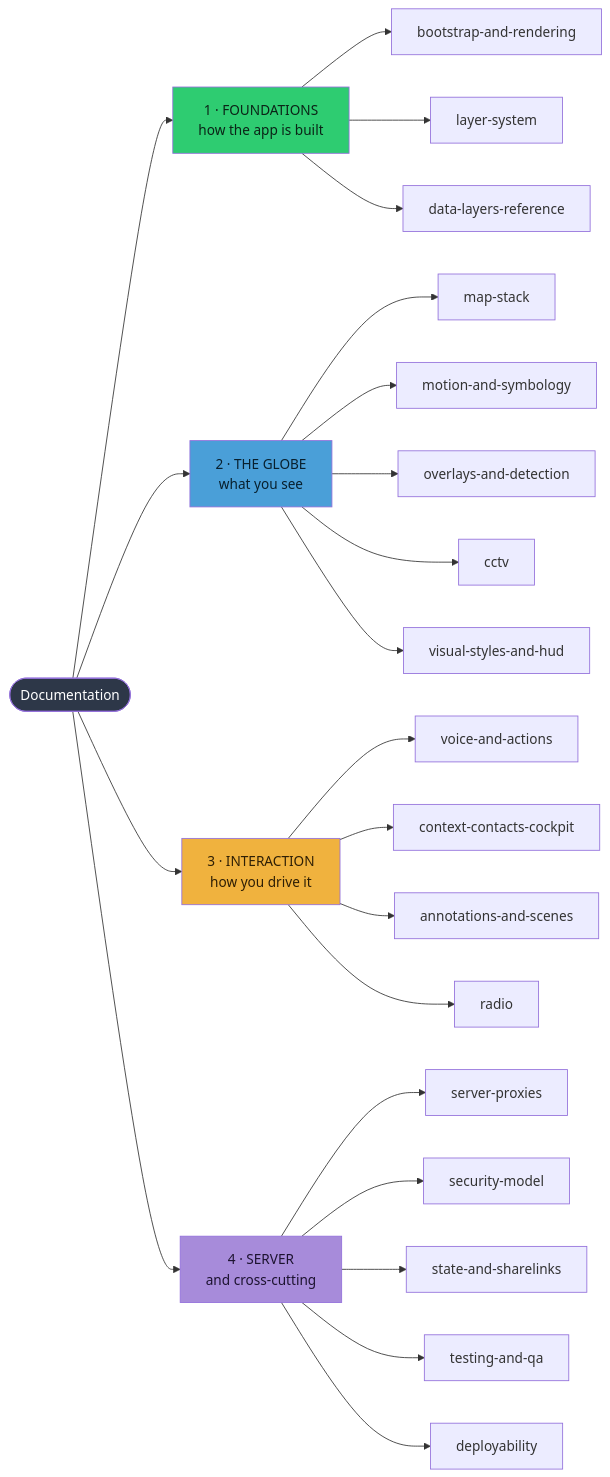
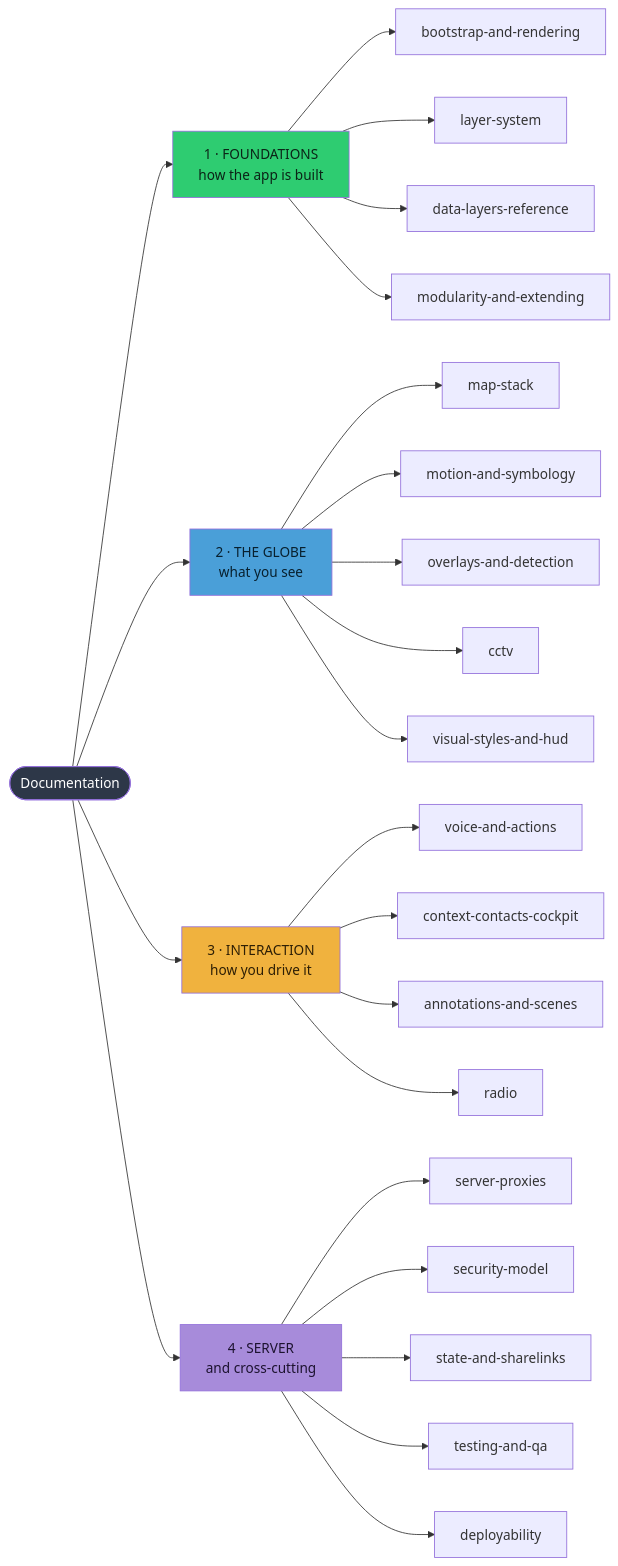
The diagram in documentation/README.md (tudor-danciu24/gods-eye-view), drawn with Mermaid before and after one commit. The commit also changed other lines of this file and 1 other file, not shown here.

Commit message:
docs: modularity and extension guide

````diff
--- a/documentation/README.md
+++ b/documentation/README.md
@@ -34,36 +34,37 @@
 ```mermaid
 graph LR
   R(["Documentation"])
 
   R --> F["1 · FOUNDATIONS<br/>how the app is built"]
   R --> G["2 · THE GLOBE<br/>what you see"]
   R --> I["3 · INTERACTION<br/>how you drive it"]
   R --> X["4 · SERVER<br/>and cross-cutting"]
 
   F --> F1["bootstrap-and-rendering"]
   F --> F2["layer-system"]
   F --> F3["data-layers-reference"]
+  F --> F4["modularity-and-extending"]
 
   G --> G1["map-stack"]
   G --> G2["motion-and-symbology"]
   G --> G3["overlays-and-detection"]
   G --> G4["cctv"]
   G --> G5["visual-styles-and-hud"]
 
   I --> I1["voice-and-actions"]
   I --> I2["context-contacts-cockpit"]
   I --> I3["annotations-and-scenes"]
   I --> I4["radio"]
 
   X --> X1["server-proxies"]
   X --> X2["security-model"]
   X --> X3["state-and-sharelinks"]
   X --> X4["testing-and-qa"]
   X --> X5["deployability"]
 
   style R fill:#2d3748,color:#ffffff
   style F fill:#2ecc71,color:#0b2417
   style G fill:#4a9fd8,color:#08202e
   style I fill:#f0b23e,color:#2e1f05
   style X fill:#a78bda,color:#1d1330
 ```
````
